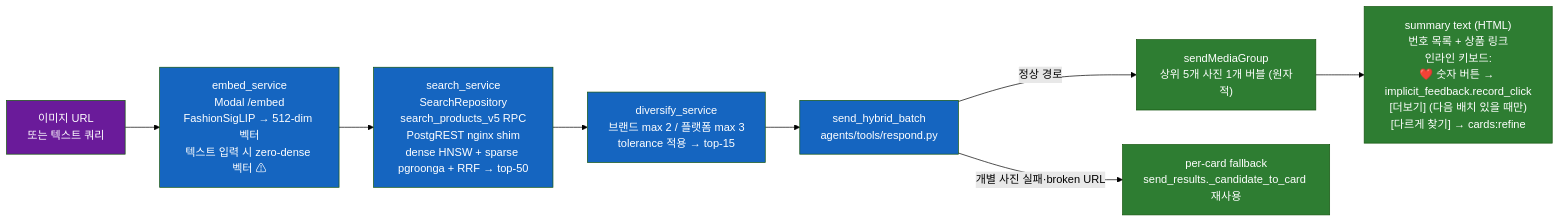
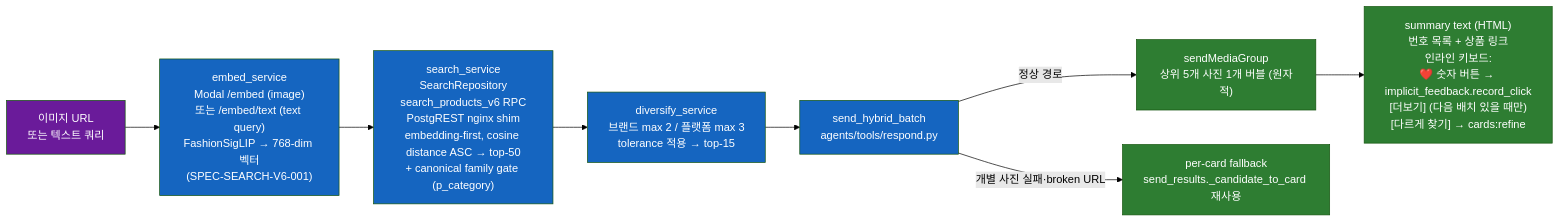
One commit to endurance-ai/ai-server changed the fourth of 5 diagrams in docs/ARCHITECTURE.md. Above: the diagram before and after it, drawn with Mermaid (forest theme). The commit also changed other lines of this file and 28 other files, not shown here.

First line of the commit message:
feat(search-v6): search_products_v5 → v6 마이그레이션 + 캐노니컬 family 정규화

````diff
--- a/docs/ARCHITECTURE.md
+++ b/docs/ARCHITECTURE.md
@@ -189,24 +189,24 @@
 ```mermaid
 flowchart LR
-    INPUT["이미지 URL\n또는 텍스트 쿼리"] --> EMBED["embed_service\nModal /embed\nFashionSigLIP → 512-dim 벡터\n텍스트 입력 시 zero-dense 벡터 ⚠"]
+    INPUT["이미지 URL\n또는 텍스트 쿼리"] --> EMBED["embed_service\nModal /embed (image)\n또는 /embed/text (text query)\nFashionSigLIP → 768-dim 벡터\n(SPEC-SEARCH-V6-001)"]
 
-    EMBED --> SEARCH["search_service\nSearchRepository\nsearch_products_v5 RPC\nPostgREST nginx shim\ndense HNSW + sparse pgroonga + RRF → top-50"]
+    EMBED --> SEARCH["search_service\nSearchRepository\nsearch_products_v6 RPC\nPostgREST nginx shim\nembedding-first, cosine distance ASC → top-50\n+ canonical family gate (p_category)"]
 
     SEARCH --> DIV["diversify_service\n브랜드 max 2 / 플랫폼 max 3\ntolerance 적용 → top-15"]
 
     DIV --> HYBRID["send_hybrid_batch\nagents/tools/respond.py"]
 
     HYBRID -->|"정상 경로"| ALBUM["sendMediaGroup\n상위 5개 사진 1개 버블 (원자적)"]
     HYBRID -->|"개별 사진 실패·broken URL"| FALLBACK["per-card fallback\nsend_results._candidate_to_card 재사용"]
 
     ALBUM --> SUMMARY["summary text (HTML)\n번호 목록 + 상품 링크\n인라인 키보드:\n❤️ 숫자 버튼 → implicit_feedback.record_click\n[더보기] (다음 배치 있을 때만)\n[다르게 찾기] → cards:refine"]
 
     classDef service fill:#1565c0,color:#fff
     classDef ext fill:#6a1b9a,color:#fff
     classDef result fill:#2e7d32,color:#fff
     classDef warn fill:#c62828,color:#fff
 
     class EMBED,SEARCH,DIV,HYBRID service
     class INPUT ext
     class ALBUM,SUMMARY,FALLBACK result
 ```
````
